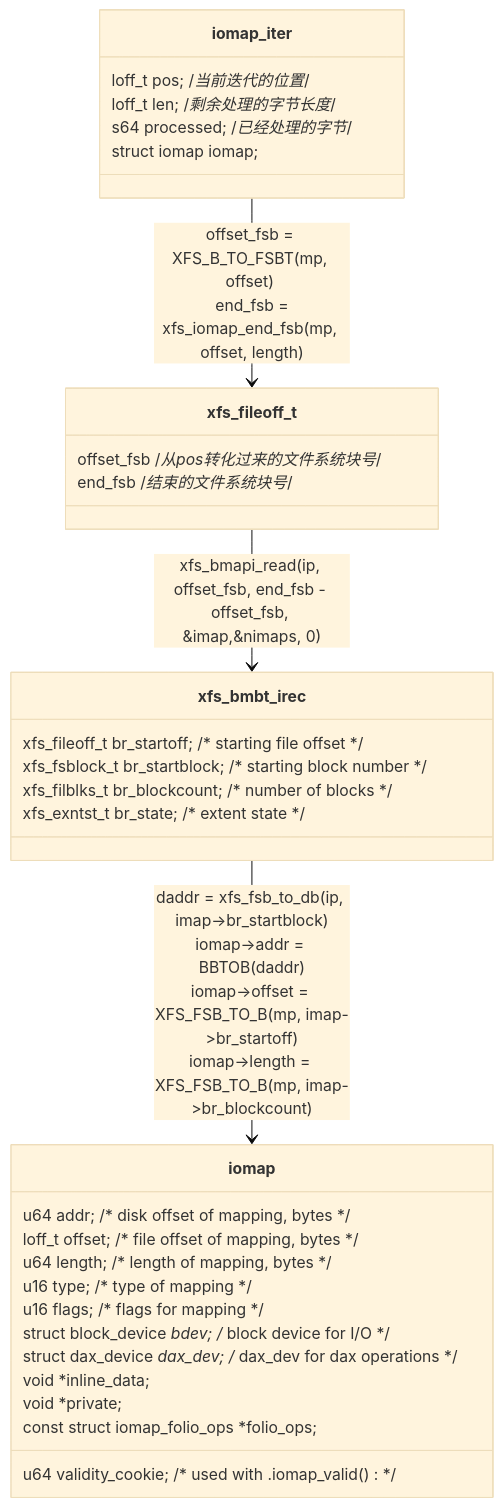
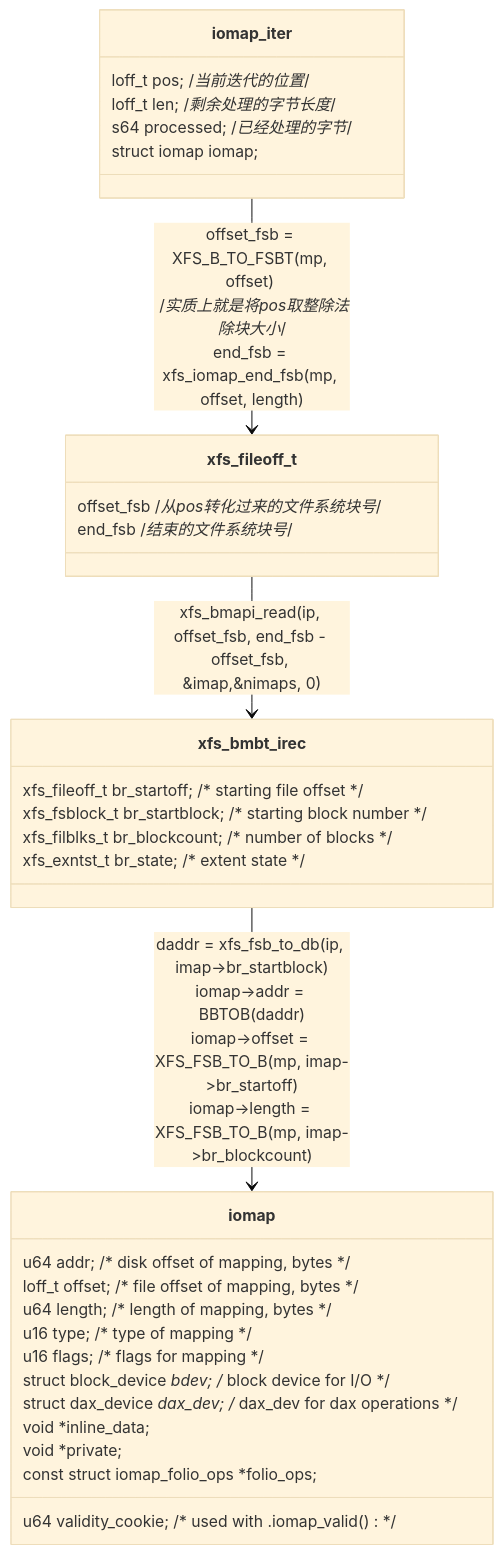
The second of 2 diagrams in 6.13.1内核文档注释/fs/iomap/buffered_io.c/README.md (sigmanature/learn_os_note), drawn with Mermaid (base theme) before and after one commit.

````diff
--- a/6.13.1内核文档注释/fs/iomap/buffered_io.c/README.md
+++ b/6.13.1内核文档注释/fs/iomap/buffered_io.c/README.md
@@ -44,35 +44,35 @@
 ```mermaid
 classDiagram
     class A["iomap_iter"] {
         loff_t pos; /*当前迭代的位置*/
         loff_t len; /*剩余处理的字节长度*/
         s64 processed; /*已经处理的字节*/
         struct iomap iomap;
     }
     class B["xfs_fileoff_t"]{
     offset_fsb /*从pos转化过来的文件系统块号*/
     end_fsb /*结束的文件系统块号*/
     }
     class C["xfs_bmbt_irec"]{
 	xfs_fileoff_t	br_startoff;	/* starting file offset */
 	xfs_fsblock_t	br_startblock;	/* starting block number */
 	xfs_filblks_t	br_blockcount;	/* number of blocks */
 	xfs_exntst_t	br_state;	/* extent state */
     } 
     class D["iomap"] {
 	u64			addr; /* disk offset of mapping, bytes */
 	loff_t			offset;	/* file offset of mapping, bytes */
 	u64			length;	/* length of mapping, bytes */
 	u16			type;	/* type of mapping */
 	u16			flags;	/* flags for mapping */
 	struct block_device	*bdev;	/* block device for I/O */
 	struct dax_device	*dax_dev; /* dax_dev for dax operations */
 	void			*inline_data;
 	void			*private; 
 	const struct iomap_folio_ops *folio_ops;
 	u64			validity_cookie; /* used with .iomap_valid() */
 }
-    A --> B : offset_fsb = XFS_B_TO_FSBT(mp, offset) <br> end_fsb = xfs_iomap_end_fsb(mp, offset, length)
+    A --> B : offset_fsb = XFS_B_TO_FSBT(mp, offset) <br> /*实质上就是将pos取整除法除块大小*/<br>end_fsb = xfs_iomap_end_fsb(mp, offset, length)
     B --> C :xfs_bmapi_read(ip, offset_fsb, end_fsb - offset_fsb, &imap,&nimaps, 0)
     C --> D :daddr = xfs_fsb_to_db(ip, imap->br_startblock)<br>iomap->addr = BBTOB(daddr)<br>iomap->offset = XFS_FSB_TO_B(mp, imap->br_startoff)<br>iomap->length = XFS_FSB_TO_B(mp, imap->br_blockcount)
 ```
````
